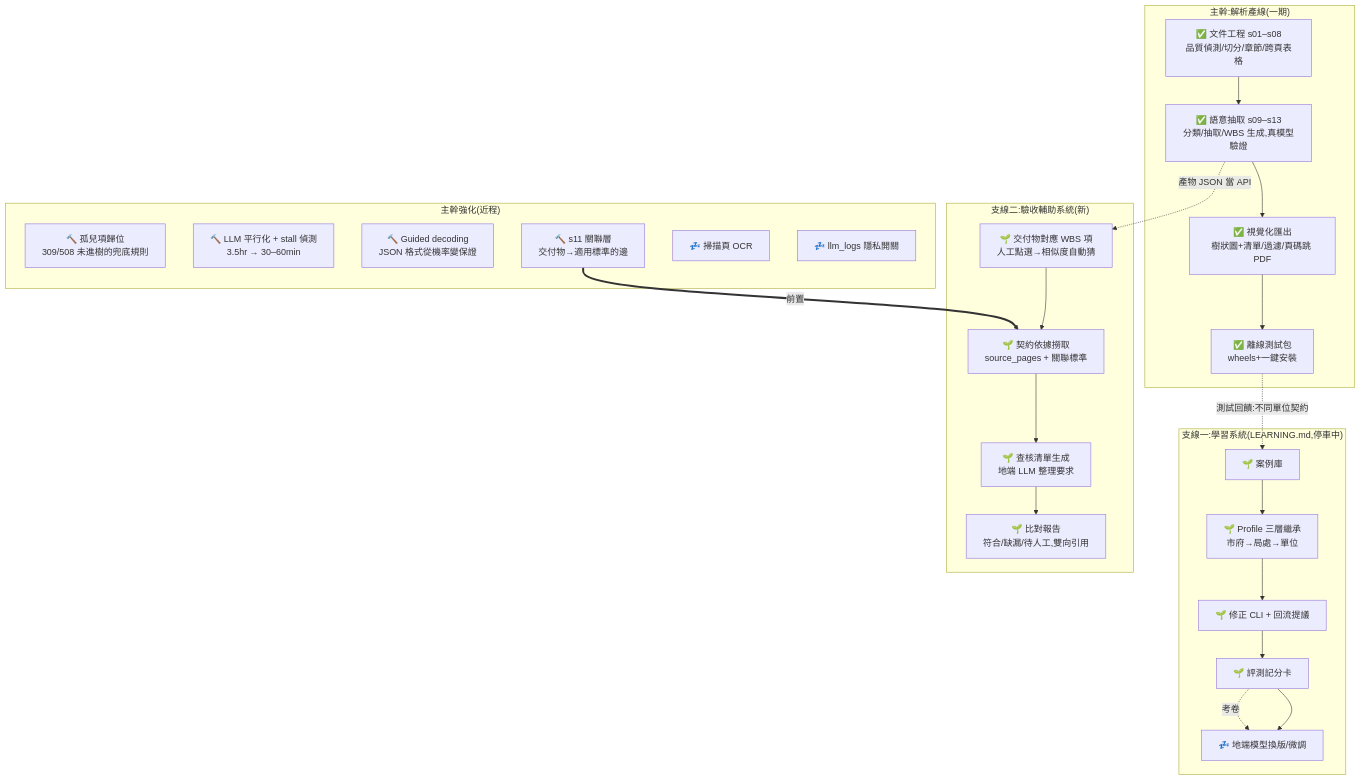
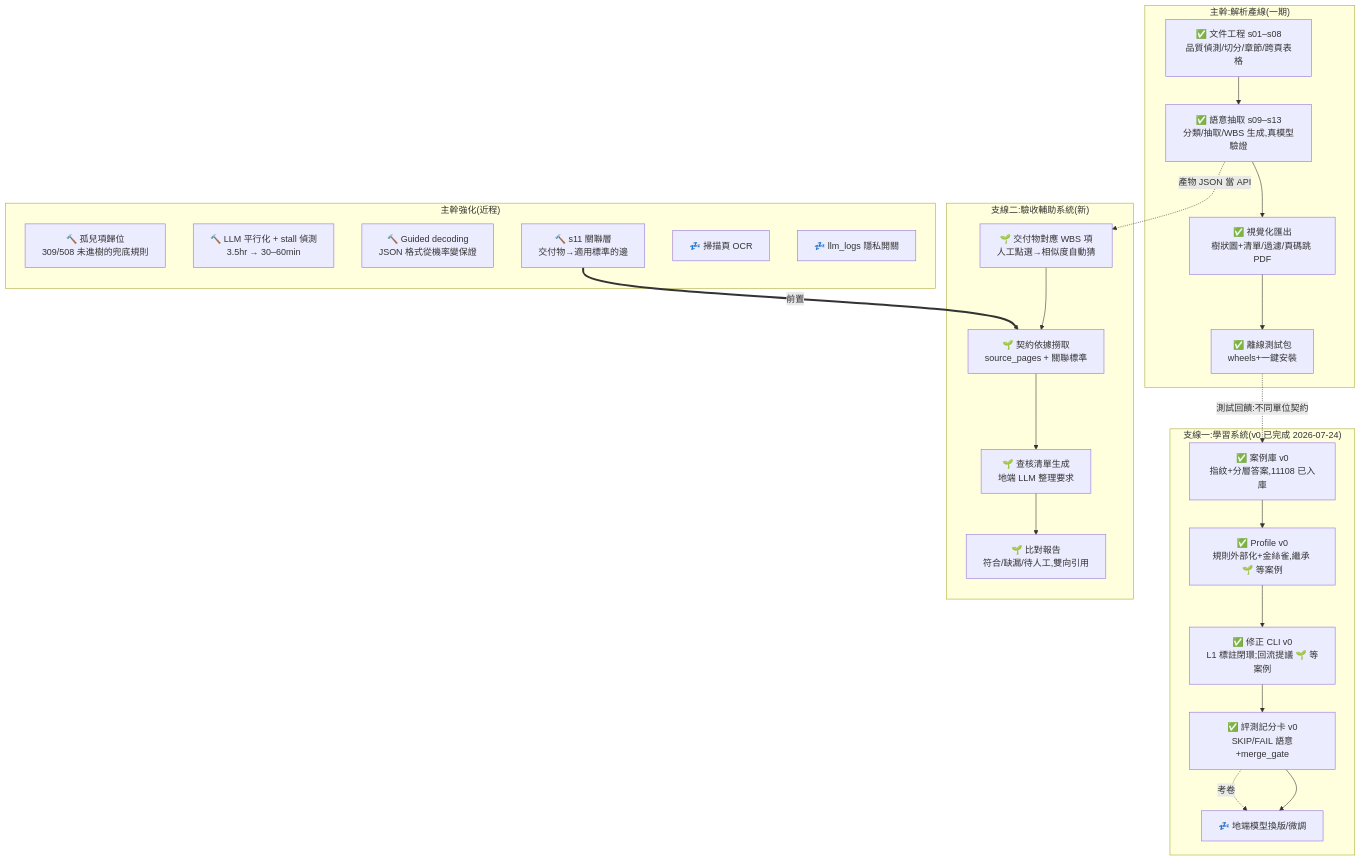
The diagram in ROADMAP.md (acebd12345/wbsmaker), drawn with Mermaid before and after one commit. The commit also changed other lines of this file and 4 other files, not shown here.

Commit message:
docs: 文件同步 v0 現況 — CLAUDE/README/ROADMAP/LEARNING 更新 + 傻瓜操作說明 HTML

````diff
--- a/ROADMAP.md
+++ b/ROADMAP.md
@@ -6,35 +6,35 @@
 ```mermaid
 flowchart TD
     subgraph 主幹["主幹:解析產線(一期)"]
         A[✅ 文件工程 s01–s08<br/>品質偵測/切分/章節/跨頁表格] --> B[✅ 語意抽取 s09–s13<br/>分類/抽取/WBS 生成,真模型驗證]
         B --> C[✅ 視覺化匯出<br/>樹狀圖+清單/過濾/頁碼跳 PDF]
         C --> D[✅ 離線測試包<br/>wheels+一鍵安裝]
     end
 
     subgraph 強化["主幹強化(近程)"]
         E[🔨 孤兒項歸位<br/>309/508 未進樹的兜底規則]
         F[🔨 LLM 平行化 + stall 偵測<br/>3.5hr → 30–60min]
         G[🔨 Guided decoding<br/>JSON 格式從機率變保證]
         H[🔨 s11 關聯層<br/>交付物→適用標準的邊]
         I[💤 掃描頁 OCR]
         J[💤 llm_logs 隱私開關]
     end
 
-    subgraph 支線一["支線一:學習系統(LEARNING.md,停車中)"]
-        K[🌱 案例庫] --> L[🌱 Profile 三層繼承<br/>市府→局處→單位]
-        L --> M[🌱 修正 CLI + 回流提議]
-        M --> N[🌱 評測記分卡]
+    subgraph 支線一["支線一:學習系統(v0 已完成 2026-07-24)"]
+        K[✅ 案例庫 v0<br/>指紋+分層答案,11108 已入庫] --> L[✅ Profile v0<br/>規則外部化+金絲雀,繼承 🌱 等案例]
+        L --> M[✅ 修正 CLI v0<br/>L1 標註閉環;回流提議 🌱 等案例]
+        M --> N[✅ 評測記分卡 v0<br/>SKIP/FAIL 語意+merge_gate]
         N --> O[💤 地端模型換版/微調]
     end
 
     subgraph 支線二["支線二:驗收輔助系統(新)"]
         P[🌱 交付物對應 WBS 項<br/>人工點選→相似度自動猜] --> Q[🌱 契約依據撈取<br/>source_pages + 關聯標準]
         Q --> R[🌱 查核清單生成<br/>地端 LLM 整理要求]
         R --> S[🌱 比對報告<br/>符合/缺漏/待人工,雙向引用]
     end
 
     D -.測試回饋:不同單位契約.-> K
     H ==前置==> Q
     B -.產物 JSON 當 API.-> P
     N -.考卷.-> O
 ```
````
